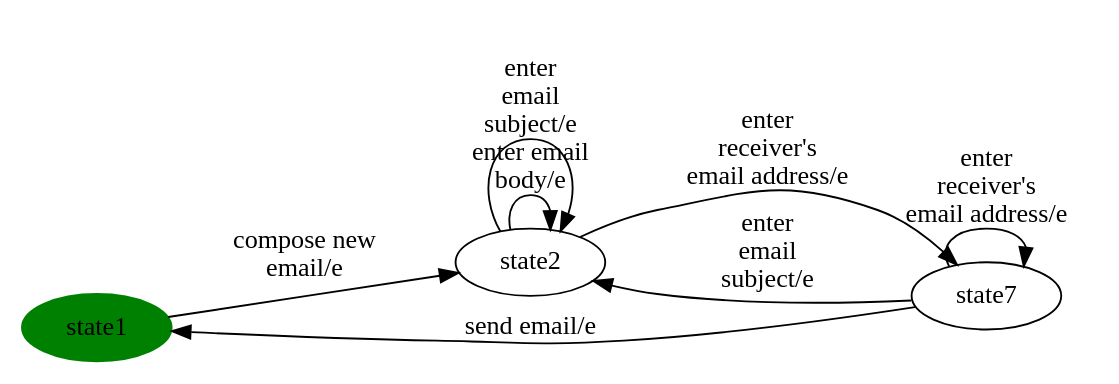
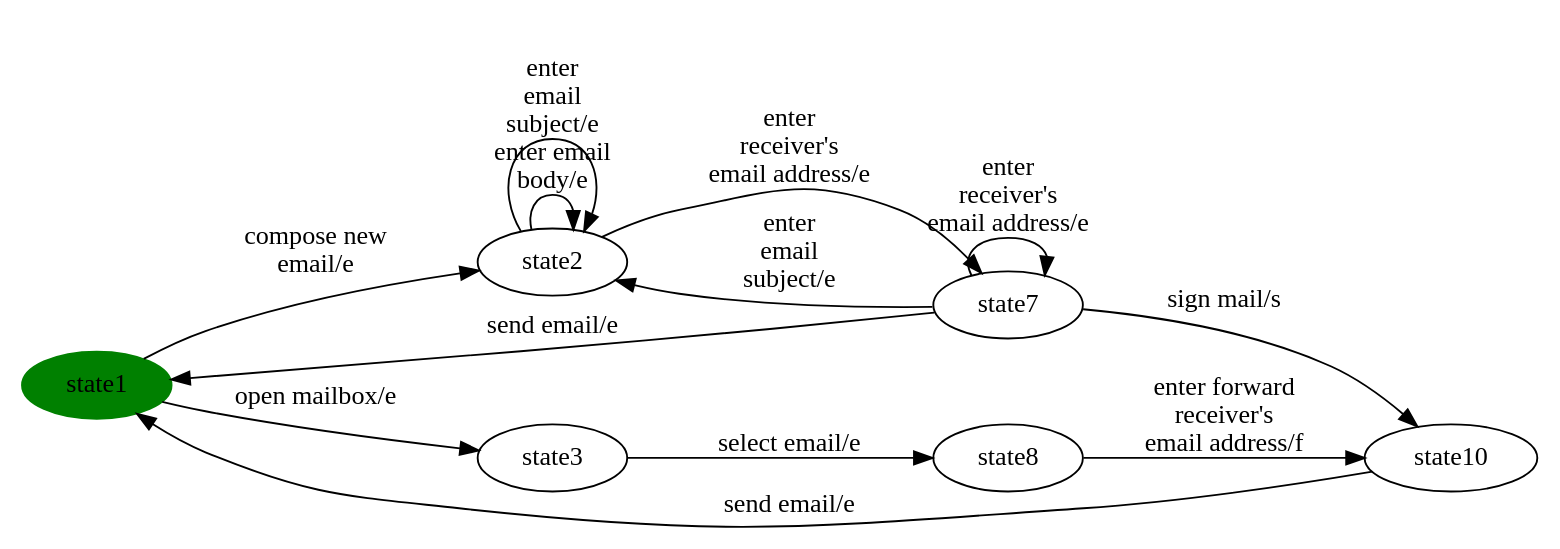
One commit to dilekozturk93/vibes changed the diagram in automode-reports/per-product/eMail/eMail-product10.dot. Above: the diagram before and after it, drawn with Graphviz. The commit also changed 43 other files, not shown here.

```diff
--- a/automode-reports/per-product/eMail/eMail-product10.dot
+++ b/automode-reports/per-product/eMail/eMail-product10.dot
@@ -1,23 +1,33 @@
 digraph G {
 rankdir=LR;
 state0[ label = "state1", style=filled, color=green ];
-state1 [ label = "state7" ];
-state1 -> state0 [ label=" send email/e " ];
-state1 -> state2 [ label=" enter
+state1 [ label = "state8" ];
+state1 -> state2 [ label=" enter forward 
+receiver's 
+email address/f " ];
+state2 [ label = "state10" ];
+state2 -> state0 [ label=" send email/e " ];
+state3 [ label = "state7" ];
+state3 -> state4 [ label=" enter
  email 
 subject/e " ];
-state1 -> state1 [ label=" enter 
+state3 -> state0 [ label=" send email/e " ];
+state3 -> state3 [ label=" enter 
 receiver's 
 email address/e " ];
-state2 [ label = "state2" ];
-state2 -> state1 [ label=" enter 
+state3 -> state2 [ label=" sign mail/s " ];
+state4 [ label = "state2" ];
+state4 -> state3 [ label=" enter 
 receiver's 
 email address/e " ];
-state2 -> state2 [ label=" enter email 
+state4 -> state4 [ label=" enter email 
 body/e " ];
-state2 -> state2 [ label=" enter
+state4 -> state4 [ label=" enter
  email 
 subject/e " ];
-state0 -> state2 [ label=" compose new 
+state0 -> state4 [ label=" compose new 
 email/e " ];
+state0 -> state5 [ label=" open mailbox/e " ];
+state5 [ label = "state3" ];
+state5 -> state1 [ label=" select email/e " ];
 }
```
